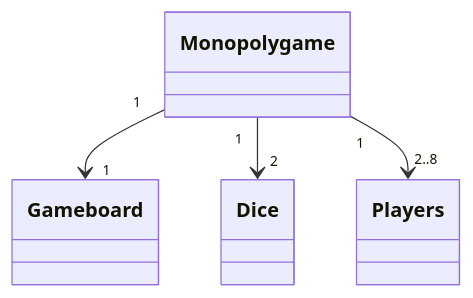
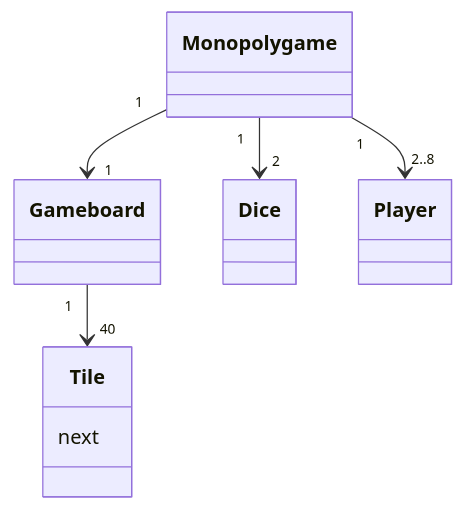
The diagram in laskarit/viikko3/task1.md (lenbie/Expense-Tracker-Project), drawn with Mermaid before and after one commit.

````diff
--- a/laskarit/viikko3/task1.md
+++ b/laskarit/viikko3/task1.md
@@ -5,14 +5,18 @@
 ```mermaid
   classDiagram
         Monopoly game "1" --> "1" Game board
         class Monopoly game{
                 }
         class Game board{
         }
         Monopoly game "1" --> "2" Dice
         class Dice{
         }
-        Monopoly game "1" --> "2..8" Players
-        class Players{
+        Monopoly game "1" --> "2..8" Player
+        class Player{
+        }
+        Game board "1" --> "40" Tile
+        class Tile{
+          next
         }
 ```
````
